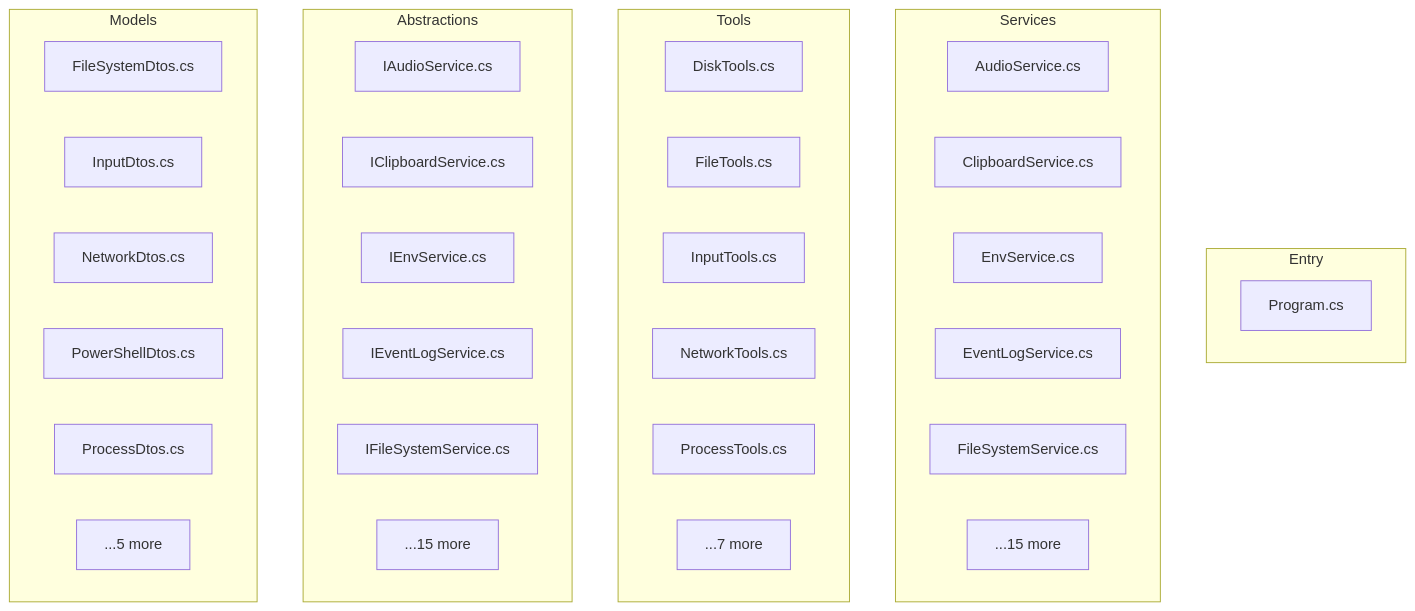
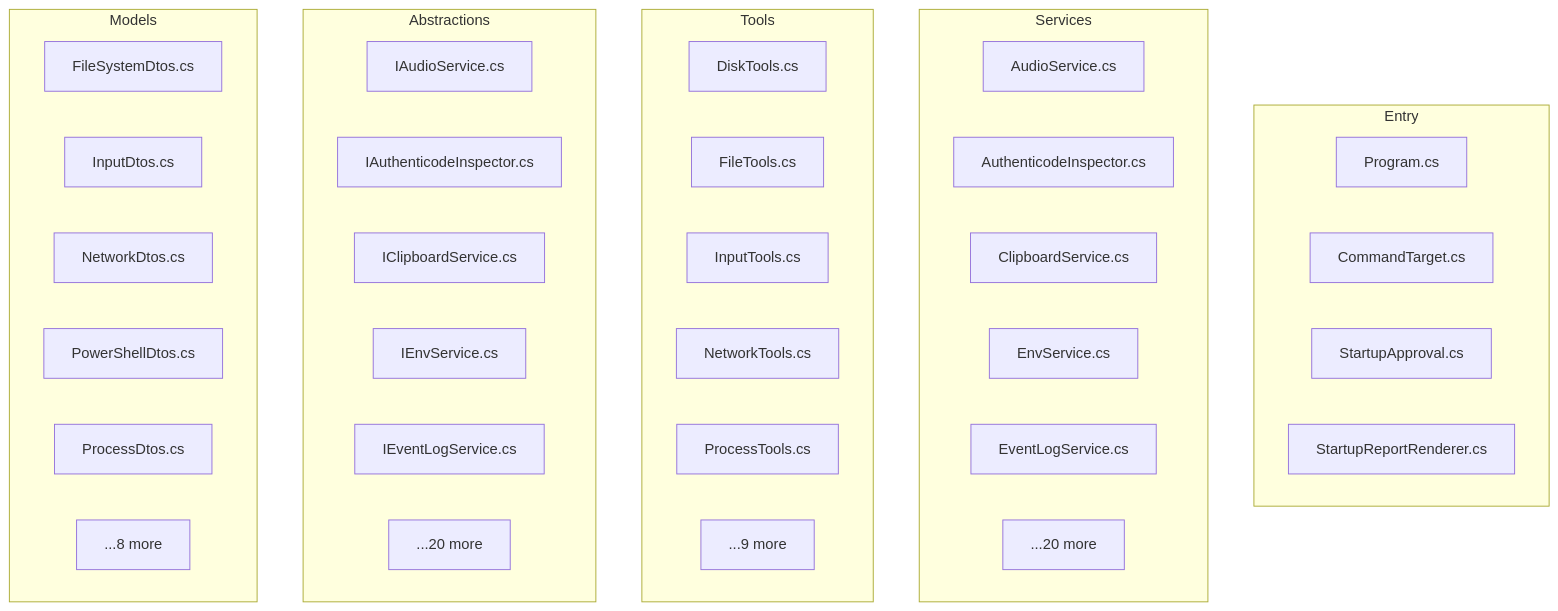
Before and after one commit to Steven23456/Windows-mcp: the diagram in docs/architecture/DEPENDENCY_GRAPH.md, drawn with Mermaid. The commit also changed other lines of this file and 18 other files, not shown here.

````diff
--- a/docs/architecture/DEPENDENCY_GRAPH.md
+++ b/docs/architecture/DEPENDENCY_GRAPH.md
@@ -1047,43 +1291,46 @@
 ```mermaid
 graph TD
     subgraph Entry
         N0[Program.cs]
+        N1[CommandTarget.cs]
+        N2[StartupApproval.cs]
+        N3[StartupReportRenderer.cs]
     end
 
     subgraph Services
-        N1[AudioService.cs]
-        N2[ClipboardService.cs]
-        N3[EnvService.cs]
-        N4[EventLogService.cs]
-        N5[FileSystemService.cs]
-        N6[...15 more]
+        N4[AudioService.cs]
+        N5[AuthenticodeInspector.cs]
+        N6[ClipboardService.cs]
+        N7[EnvService.cs]
+        N8[EventLogService.cs]
+        N9[...20 more]
     end
 
     subgraph Tools
-        N7[DiskTools.cs]
-        N8[FileTools.cs]
-        N9[InputTools.cs]
-        N10[NetworkTools.cs]
-        N11[ProcessTools.cs]
-        N12[...7 more]
+        N10[DiskTools.cs]
+        N11[FileTools.cs]
+        N12[InputTools.cs]
+        N13[NetworkTools.cs]
+        N14[ProcessTools.cs]
+        N15[...9 more]
     end
 
     subgraph Abstractions
-        N13[IAudioService.cs]
-        N14[IClipboardService.cs]
-        N15[IEnvService.cs]
-        N16[IEventLogService.cs]
-        N17[IFileSystemService.cs]
-        N18[...15 more]
+        N16[IAudioService.cs]
+        N17[IAuthenticodeInspector.cs]
+        N18[IClipboardService.cs]
+        N19[IEnvService.cs]
+        N20[IEventLogService.cs]
+        N21[...20 more]
     end
 
     subgraph Models
-        N19[FileSystemDtos.cs]
-        N20[InputDtos.cs]
-        N21[NetworkDtos.cs]
-        N22[PowerShellDtos.cs]
-        N23[ProcessDtos.cs]
-        N24[...5 more]
+        N22[FileSystemDtos.cs]
+        N23[InputDtos.cs]
+        N24[NetworkDtos.cs]
+        N25[PowerShellDtos.cs]
+        N26[ProcessDtos.cs]
+        N27[...8 more]
     end
 
 ```
````
